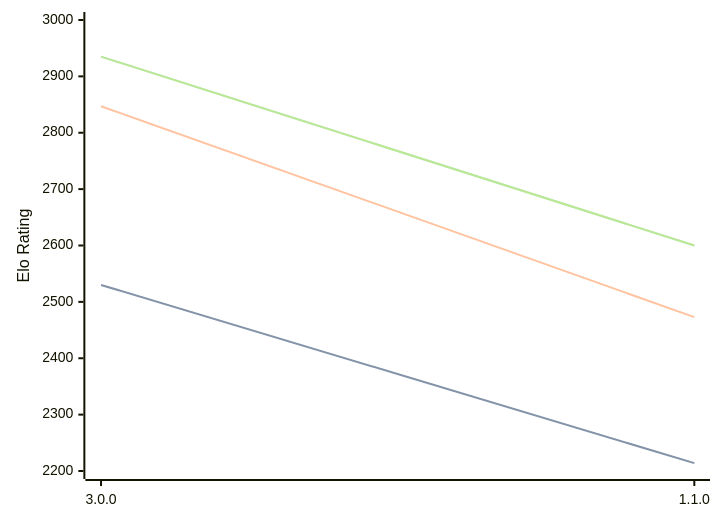
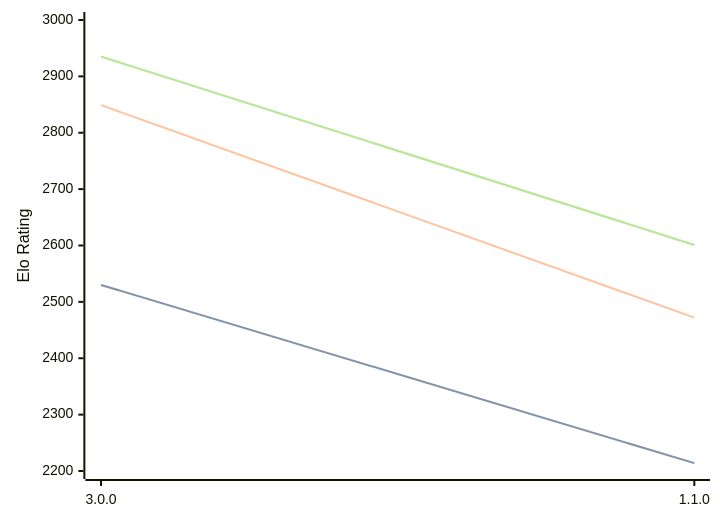
One commit to computer-chess-index/cci changed the third of 3 diagrams in engines/Potential.md. Above: the diagram before and after it, drawn with Mermaid. The commit also changed other lines of this file, not shown here.

Commit message:
Update CCI Ratings (ELO VLTC) - 2026-07-12

````diff
--- a/engines/Potential.md
+++ b/engines/Potential.md
@@ -67,11 +67,11 @@
 ```mermaid
 %%{init: {"theme":"base","themeVariables":{"seriesColors:['#a3a3a3','#222221','#faa371']}}}%%
 xychart-beta
   x-axis ["3.0.0", "1.1.0"]
   y-axis "Elo Rating" 2200 --> 3000
   line "STC (8.0+0.08s)" [2530, 2214]
   line "STC (8.0+0.08s)" [2530, 2214]
-  line "LTC (60.0+0.60s)" [2847, 2473]
-  line "VLTC (2m24s+1.12s)" [2935, 2600]
-  line "VLTC (2m24s+1.12s)" [2935, 2600]
+  line "LTC (60.0+0.60s)" [2849, 2472]
+  line "VLTC (2m24s+1.12s)" [2935, 2601]
+  line "VLTC (2m24s+1.12s)" [2935, 2601]
 ```
````
